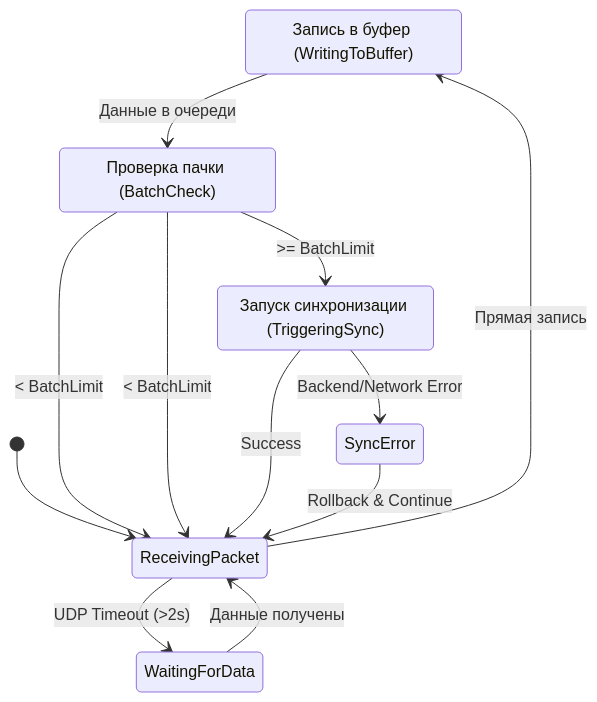
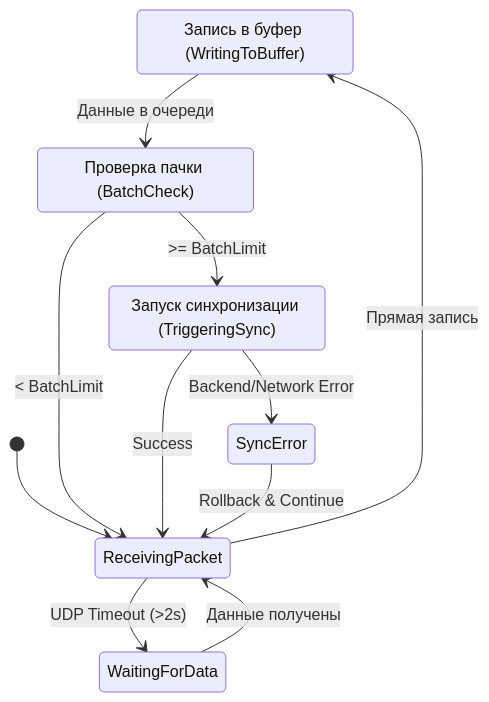
The third of 5 diagrams in docs/01_UI/State/state_Main.md (1DenLy/ForzaAITuner), drawn with Mermaid before and after one commit. The commit also changed 4 other files, not shown here.

````diff
--- a/docs/01_UI/State/state_Main.md
+++ b/docs/01_UI/State/state_Main.md
@@ -38,18 +38,17 @@
 ```mermaid
 stateDiagram-v2
     state "Запись в буфер (WritingToBuffer)" as WritingToBuffer
     state "Проверка пачки (BatchCheck)" as BatchCheck
     state "Запуск синхронизации (TriggeringSync)" as TriggeringSync
 
     [*] --> ReceivingPacket
     ReceivingPacket --> WaitingForData : UDP Timeout (>2s)
     WaitingForData --> ReceivingPacket : Данные получены
     ReceivingPacket --> WritingToBuffer : Прямая запись
     WritingToBuffer --> BatchCheck : Данные в очереди
     BatchCheck --> ReceivingPacket : < BatchLimit
-    BatchCheck --> ReceivingPacket : < BatchLimit
     BatchCheck --> TriggeringSync : >= BatchLimit
     TriggeringSync --> ReceivingPacket : Success
     TriggeringSync --> SyncError : Backend/Network Error
     SyncError --> ReceivingPacket : Rollback & Continue
 ```
````
